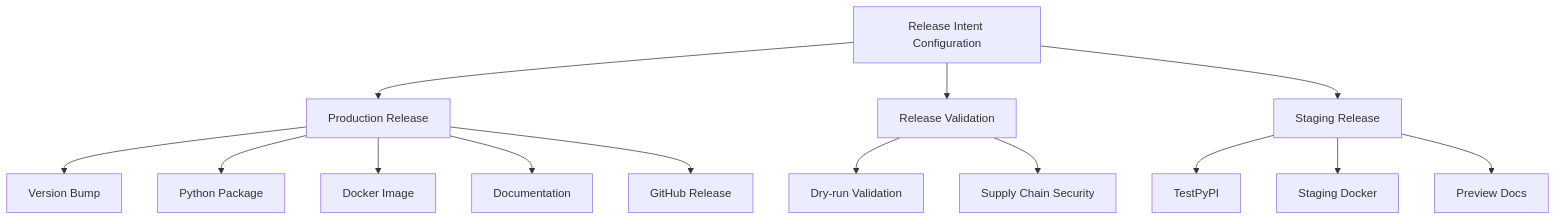
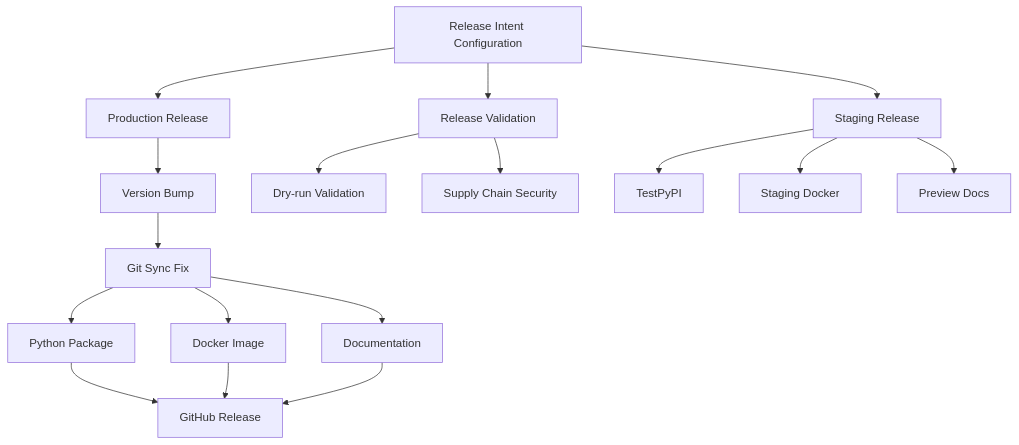
Before and after one commit to Chisanan232/clickup-mcp-server: the second of 6 diagrams in docs/contents/development/ci-cd.mdx, drawn with Mermaid. The commit also changed other lines of this file, not shown here.

Commit message:
✏️ Update the CI/CD workflow details in the document about the new change of release workflows and release config usage details.

````diff
--- a/docs/contents/development/ci-cd.mdx
+++ b/docs/contents/development/ci-cd.mdx
@@ -88,19 +88,20 @@
 ```mermaid
 graph TD
     A[Release Intent Configuration] --> B[Production Release]
     A --> C[Release Validation]
     A --> D[Staging Release]
     
     B --> E[Version Bump]
-    B --> F[Python Package]
-    B --> G[Docker Image]
-    B --> H[Documentation]
-    B --> I[GitHub Release]
+    E --> F[Git Sync Fix]
+    F --> G[Python Package]
+    F --> H[Docker Image]
+    F --> I[Documentation]
+    G & H & I --> J[GitHub Release]
     
-    C --> J[Dry-run Validation]
-    C --> K[Supply Chain Security]
+    C --> K[Dry-run Validation]
+    C --> L[Supply Chain Security]
     
-    D --> L[TestPyPI]
-    D --> M[Staging Docker]
-    D --> N[Preview Docs]
+    D --> M[TestPyPI]
+    D --> N[Staging Docker]
+    D --> O[Preview Docs]
 ```
````
